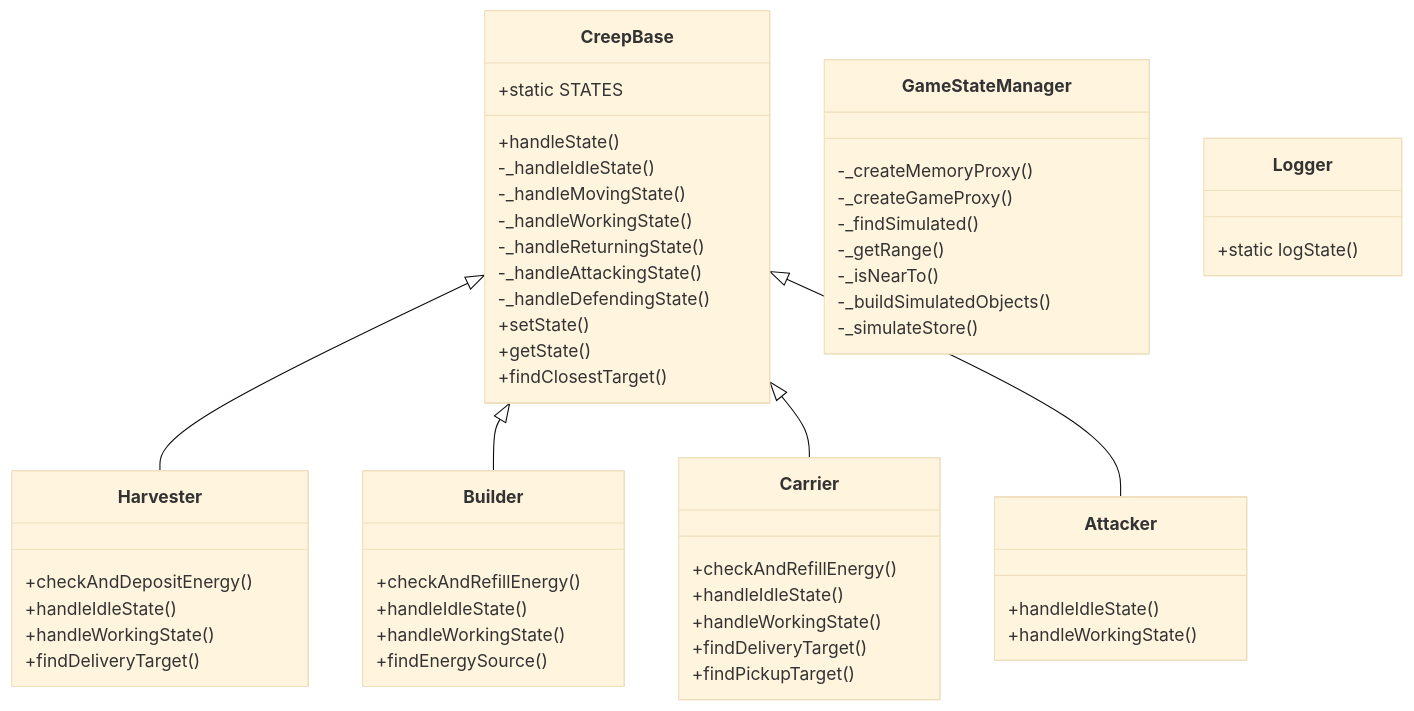
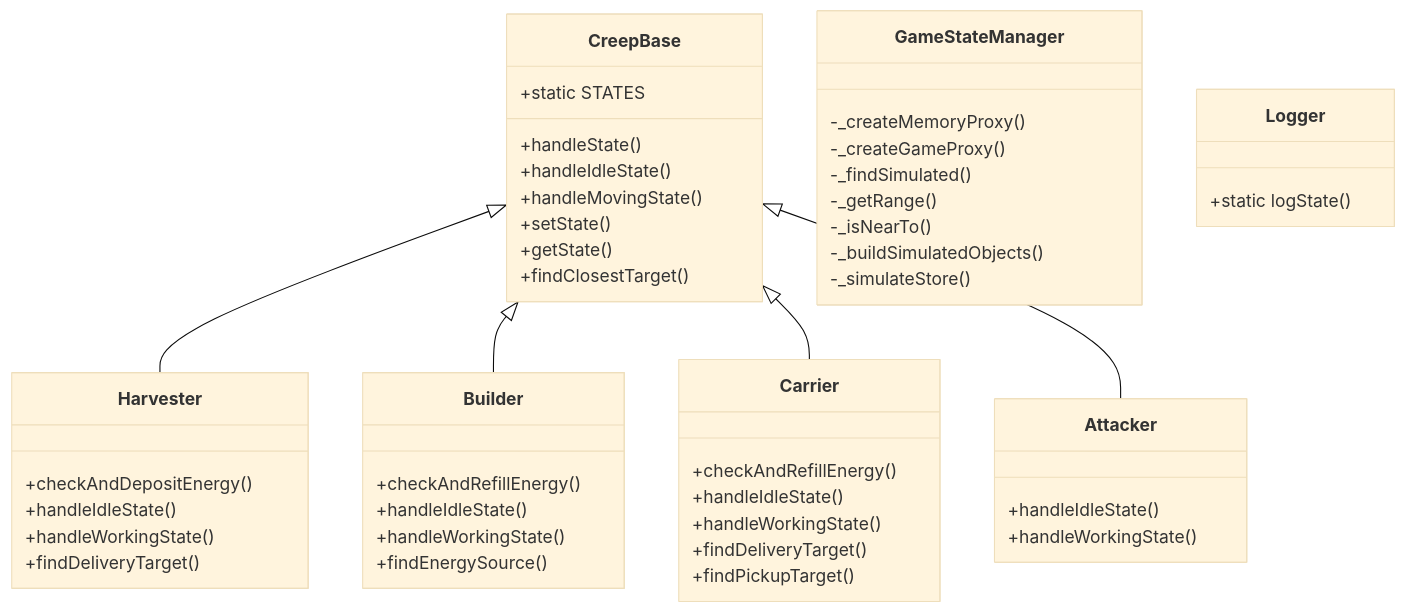
The diagram in architecture.md (ekolvah/screeps), drawn with Mermaid (base theme) before and after one commit. The commit also changed other lines of this file, not shown here.

Commit message:
docs: update architecture documentation [skip ci]

````diff
--- a/architecture.md
+++ b/architecture.md
@@ -9,55 +9,51 @@
 ```mermaid
 classDiagram
     CreepBase <|-- Harvester
     CreepBase <|-- Builder
     CreepBase <|-- Carrier
     CreepBase <|-- Attacker
     class GameStateManager {
         -_createMemoryProxy()
         -_createGameProxy()
         -_findSimulated()
         -_getRange()
         -_isNearTo()
         -_buildSimulatedObjects()
         -_simulateStore()
     }
     class CreepBase {
         +static STATES
         +handleState()
-        -_handleIdleState()
-        -_handleMovingState()
-        -_handleWorkingState()
-        -_handleReturningState()
-        -_handleAttackingState()
-        -_handleDefendingState()
+        +handleIdleState()
+        +handleMovingState()
         +setState()
         +getState()
         +findClosestTarget()
     }
     class Harvester {
         +checkAndDepositEnergy()
         +handleIdleState()
         +handleWorkingState()
         +findDeliveryTarget()
     }
     class Builder {
         +checkAndRefillEnergy()
         +handleIdleState()
         +handleWorkingState()
         +findEnergySource()
     }
     class Carrier {
         +checkAndRefillEnergy()
         +handleIdleState()
         +handleWorkingState()
         +findDeliveryTarget()
         +findPickupTarget()
     }
     class Attacker {
         +handleIdleState()
         +handleWorkingState()
     }
     class Logger {
         +static logState()
     }
 ```
````
